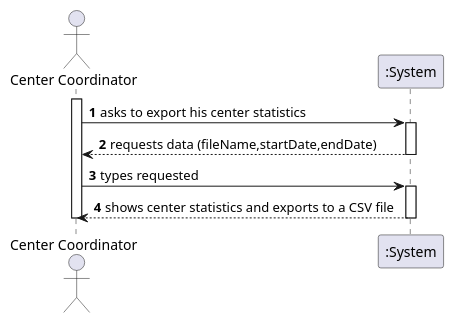
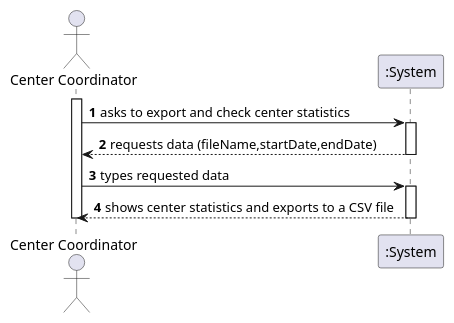
Before and after one commit to miseEnPlace-i/lapr2: the diagram in docs/SprintD/US15/SSD/US15_SSD.puml, drawn with PlantUML. The commit also changed 1 other file, not shown here.

```diff
--- a/docs/SprintD/US15/SSD/US15_SSD.puml
+++ b/docs/SprintD/US15/SSD/US15_SSD.puml
@@ -1,18 +1,18 @@
 @startuml US15_SSD
 autonumber
 actor "Center Coordinator" as COOR
 
 activate COOR
-COOR -> ":System" : asks to export his center statistics
+COOR -> ":System" : asks to export and check center statistics
 activate ":System"
 ":System" --> COOR : requests data (fileName,startDate,endDate)
 deactivate ":System"
 
-COOR -> ":System" : types requested
+COOR -> ":System" : types requested data
 activate ":System"
 
 ":System" --> COOR : shows center statistics and exports to a CSV file
 deactivate ":System"
 deactivate COOR
 
 @enduml
```
